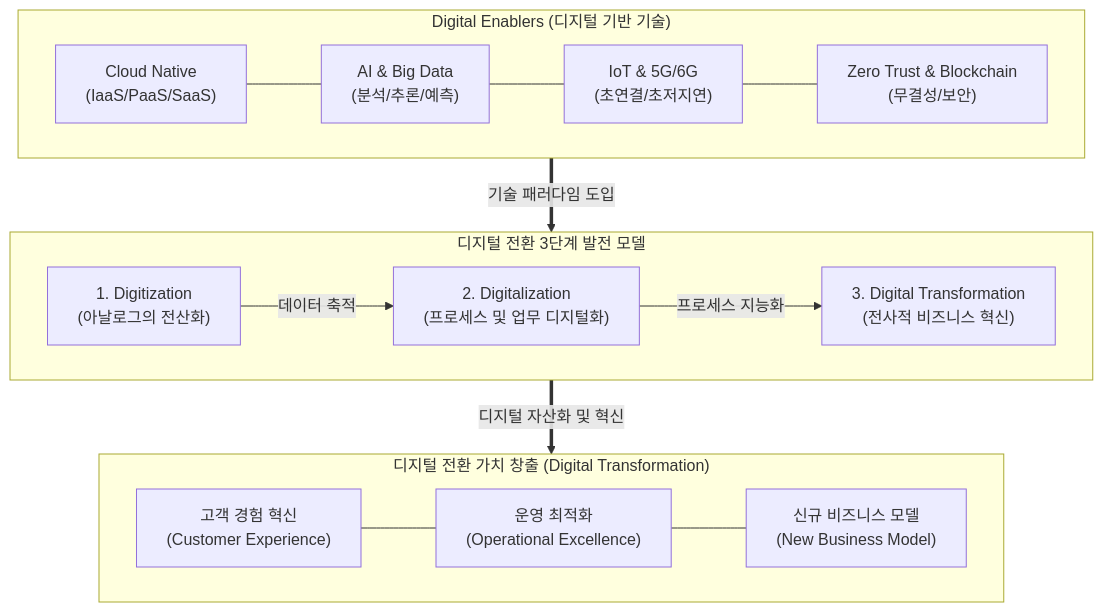
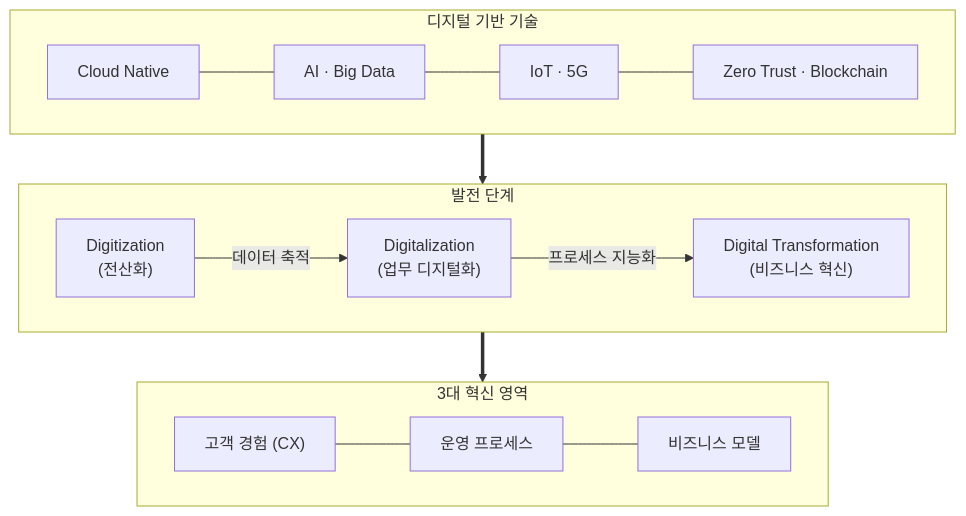
The diagram in content/01_IT Tech/디지털 전환.md (supremethumb/supremethumb.github.io), drawn with Mermaid before and after one commit. The commit also changed other lines of this file and 1087 other files, not shown here.

````diff
--- a/content/01_IT Tech/디지털 전환.md
+++ b/content/01_IT Tech/디지털 전환.md
@@ -27,32 +36,16 @@
 ```mermaid
 flowchart TB
-    subgraph Value_Creation ["디지털 전환 가치 창출 (Digital Transformation)"]
+    subgraph Enablers["디지털 기반 기술"]
         direction LR
-        CX["고객 경험 혁신<br/>(Customer Experience)"]
-        OM["운영 최적화<br/>(Operational Excellence)"]
-        BM["신규 비즈니스 모델<br/>(New Business Model)"]
-        CX --- OM --- BM
+        Cloud["Cloud Native"] --- AI["AI · Big Data"] --- IoT["IoT · 5G"] --- Sec["Zero Trust · Blockchain"]
     end
-
-    subgraph DX_Phases ["디지털 전환 3단계 발전 모델"]
+    subgraph Phases["발전 단계"]
         direction LR
-        P1["1. Digitization<br/>(아날로그의 전산화)"]
-        P2["2. Digitalization<br/>(프로세스 및 업무 디지털화)"]
-        P3["3. Digital Transformation<br/>(전사적 비즈니스 혁신)"]
-        P1 -->|"데이터 축적"| P2
-        P2 -->|"프로세스 지능화"| P3
+        P1["Digitization<br/>(전산화)"] -->|"데이터 축적"| P2["Digitalization<br/>(업무 디지털화)"] -->|"프로세스 지능화"| P3["Digital Transformation<br/>(비즈니스 혁신)"]
     end
-
-    subgraph Enablers ["Digital Enablers (디지털 기반 기술)"]
+    subgraph Value["3대 혁신 영역"]
         direction LR
-        Cloud["Cloud Native<br/>(IaaS/PaaS/SaaS)"]
-        AI_Data["AI & Big Data<br/>(분석/추론/예측)"]
-        IoT_5G["IoT & 5G/6G<br/>(초연결/초저지연)"]
-        Sec["Zero Trust & Blockchain<br/>(무결성/보안)"]
-        Cloud --- AI_Data --- IoT_5G --- Sec
+        CX["고객 경험 (CX)"] --- OP["운영 프로세스"] --- BM["비즈니스 모델"]
     end
-
-    Enablers ==>|"기술 패러다임 도입"| DX_Phases
-    DX_Phases ==>|"디지털 자산화 및 혁신"| Value_Creation
-
+    Enablers ==> Phases ==> Value
 ```
````
